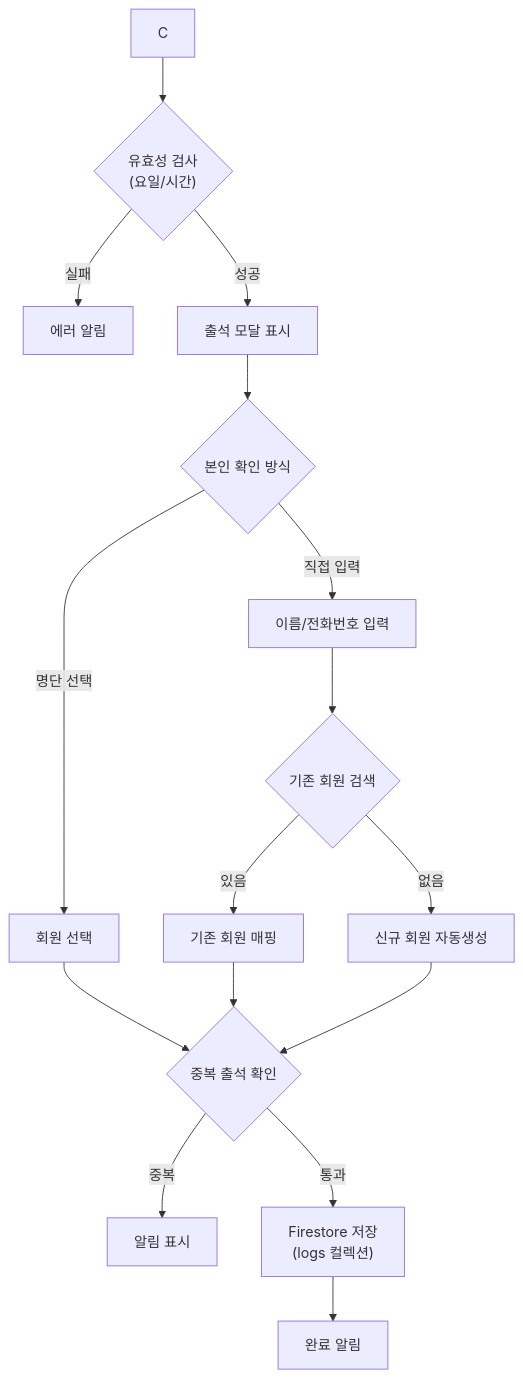
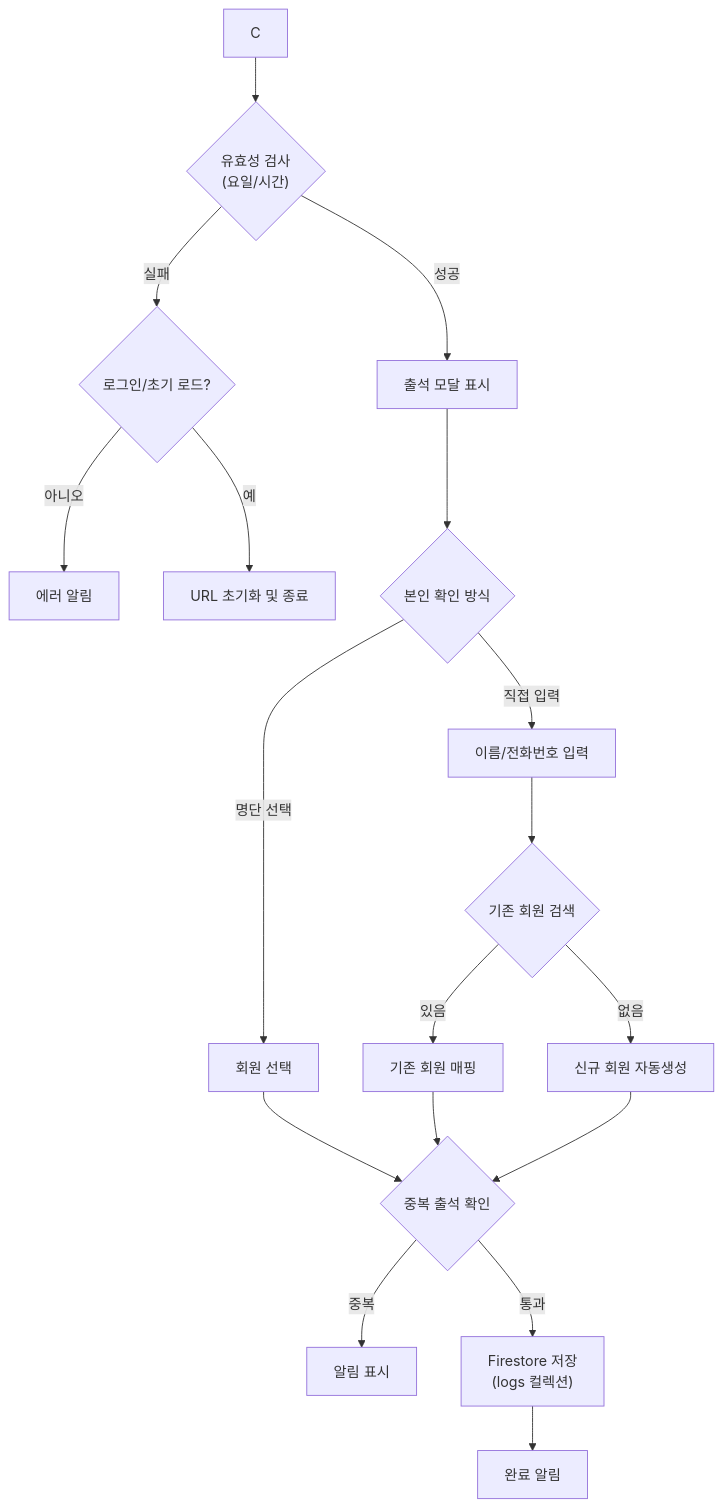
The second of 3 diagrams in README.md (yn55m6/attendance-app-v5), drawn with Mermaid before and after one commit. The commit also changed other lines of this file and 1 other file, not shown here.

Commit message:
fix: 관리자 로그인 및 초기 로드 시 불필요한 출석 실패 알림 억제

````diff
--- a/README.md
+++ b/README.md
@@ -104,18 +105,20 @@
 ```mermaid
 graph TD
     A[C] --> B{"유효성 검사<br/>(요일/시간)"}
-    B -- 실패 --> C[에러 알림]
+    B -- 실패 --> B1{"로그인/초기 로드?"}
+    B1 -- 아니오 --> C1[에러 알림]
+    B1 -- 예 --> B2[URL 초기화 및 종료]
     B -- 성공 --> D[출석 모달 표시]
     D --> E{본인 확인 방식}
     E -- 명단 선택 --> F[회원 선택]
     E -- 직접 입력 --> G["이름/전화번호 입력"]
     G --> H{기존 회원 검색}
     H -- 있음 --> I[기존 회원 매핑]
     H -- 없음 --> J[신규 회원 자동생성]
     F --> K{중복 출석 확인}
     I --> K
     J --> K
     K -- 중복 --> L[알림 표시]
     K -- 통과 --> M["Firestore 저장<br/>(logs 컬렉션)"]
     M --> N[완료 알림]
 ```
````
